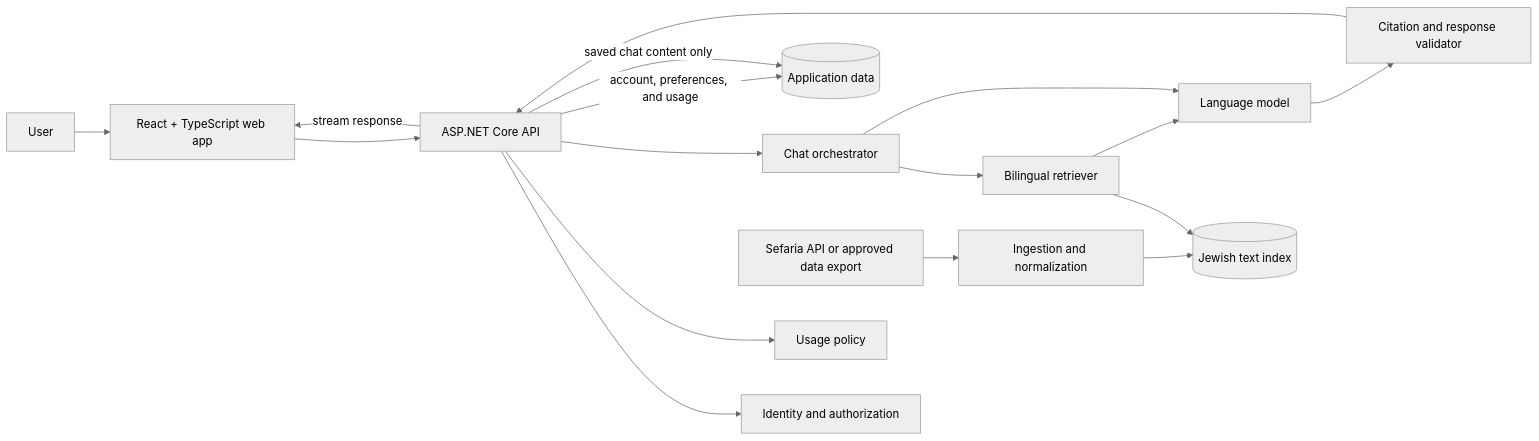
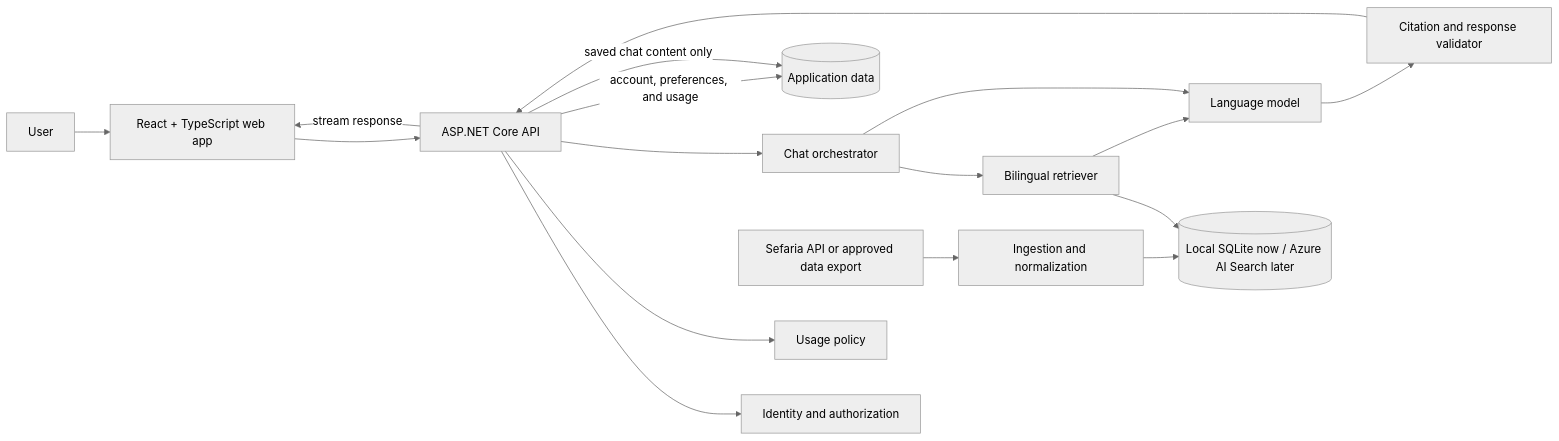
One commit to Amitai5/AskARabbi changed the diagram in docs/TECHNICAL.md. Above: the diagram before and after it, drawn with Mermaid (neutral theme). The commit also changed other lines of this file and 162 other files, not shown here.

````diff
--- a/docs/TECHNICAL.md
+++ b/docs/TECHNICAL.md
@@ -57,23 +78,23 @@
 ```mermaid
 flowchart LR
     User[User] --> Web[React + TypeScript web app]
     Web --> Api[ASP.NET Core API]
 
     Api --> Identity[Identity and authorization]
     Api --> Usage[Usage policy]
     Api --> Orchestrator[Chat orchestrator]
 
     Orchestrator --> Retriever[Bilingual retriever]
-    Retriever --> SourceIndex[(Jewish text index)]
+    Retriever --> SourceIndex[(Local SQLite now / Azure AI Search later)]
     Sefaria[Sefaria API or approved data export] --> Ingestion[Ingestion and normalization]
     Ingestion --> SourceIndex
 
     Orchestrator --> Model[Language model]
     Retriever --> Model
     Model --> Validator[Citation and response validator]
     Validator --> Api
 
     Api -->|account, preferences, and usage| AppData[(Application data)]
     Api -->|saved chat content only| AppData
     Api -->|stream response| Web
 ```
````
